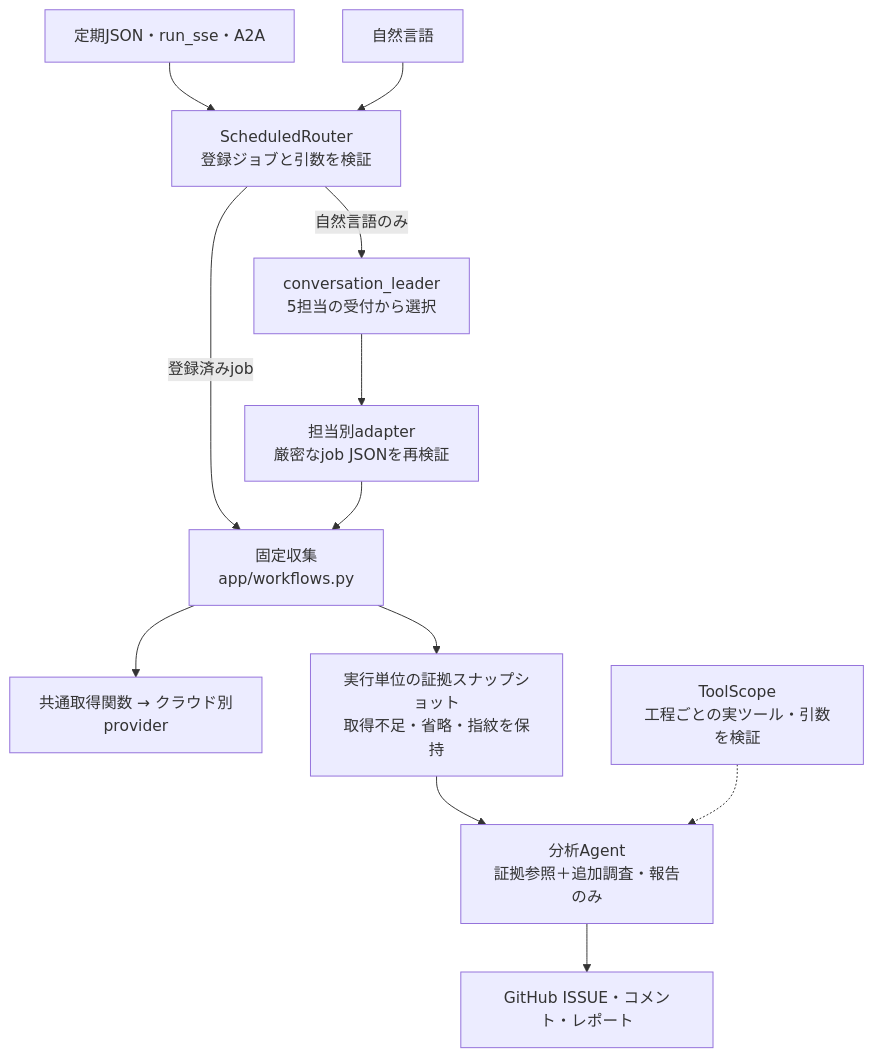
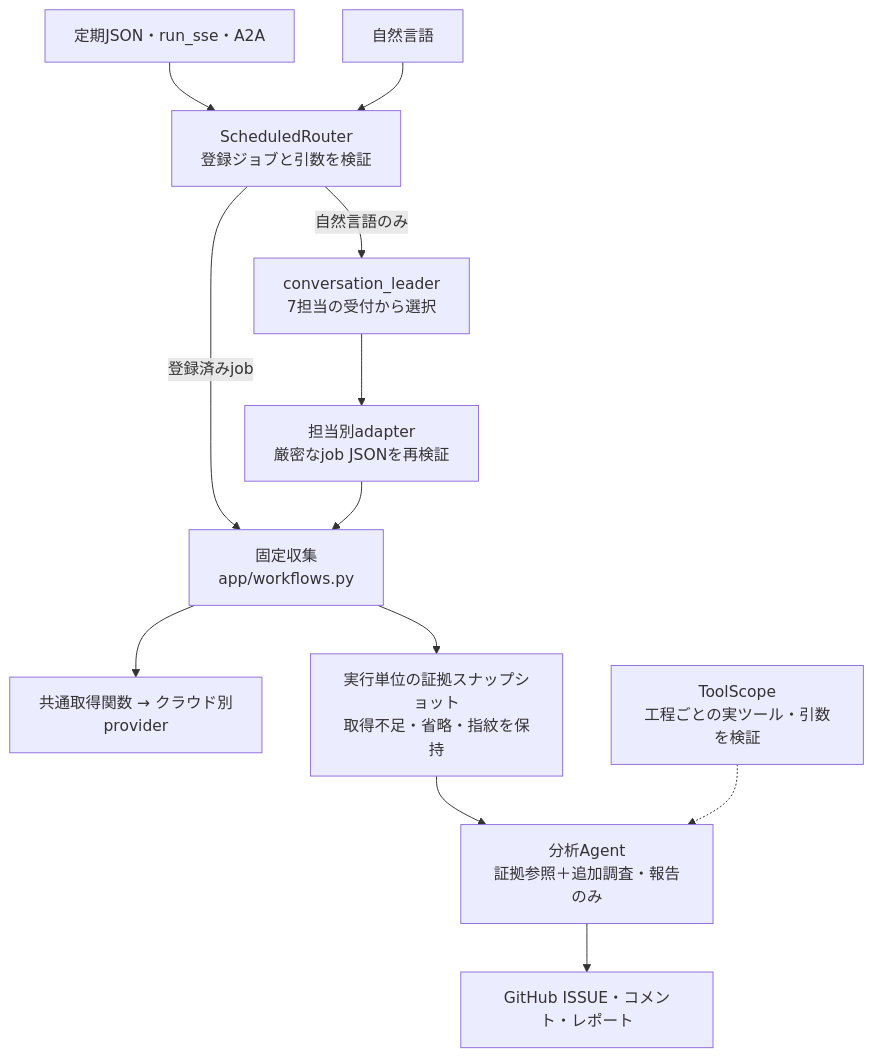
One commit to atsuki-sakai/cloud-ops-team changed the second of 4 diagrams in docs/architecture.md. Above: the diagram before and after it, drawn with Mermaid. The commit also changed other lines of this file and 51 other files, not shown here.

````diff
--- a/docs/architecture.md
+++ b/docs/architecture.md
@@ -45,14 +49,14 @@
 ```mermaid
 flowchart TB
     JSON["定期JSON・run_sse・A2A"] --> R["ScheduledRouter<br/>登録ジョブと引数を検証"]
     NL["自然言語"] --> R
-    R -->|"自然言語のみ"| L["conversation_leader<br/>5担当の受付から選択"]
+    R -->|"自然言語のみ"| L["conversation_leader<br/>7担当の受付から選択"]
     L --> D["担当別adapter<br/>厳密なjob JSONを再検証"]
     R -->|"登録済みjob"| W["固定収集<br/>app/workflows.py"]
     D --> W
     W --> P["共通取得関数 → クラウド別provider"]
     W --> E["実行単位の証拠スナップショット<br/>取得不足・省略・指紋を保持"]
     E --> A["分析Agent<br/>証拠参照＋追加調査・報告のみ"]
     B["ToolScope<br/>工程ごとの実ツール・引数を検証"] -.-> A
     A --> G["GitHub ISSUE・コメント・レポート"]
 ```
````
